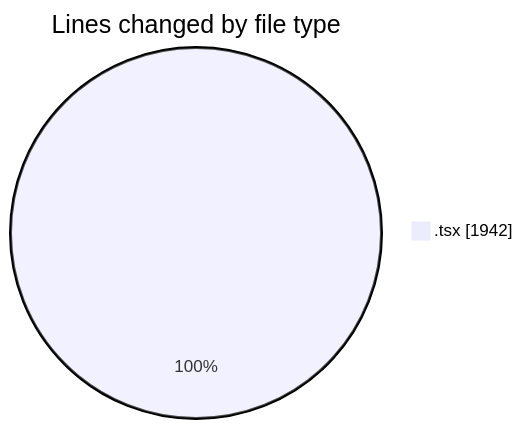
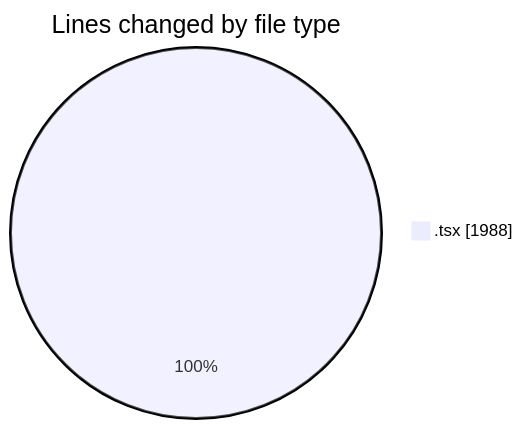
Before and after one commit to momahboobian/code-tracking: the first of 2 diagrams in 2025-06-12/cda/README.md, drawn with Mermaid. The commit also changed other lines of this file and 1 other file, not shown here.

````diff
--- a/2025-06-12/cda/README.md
+++ b/2025-06-12/cda/README.md
@@ -23,5 +23,5 @@
 ```mermaid
 pie showData
 title Lines changed by file type
-".tsx" : 1942
+".tsx" : 1988
 ```
````
